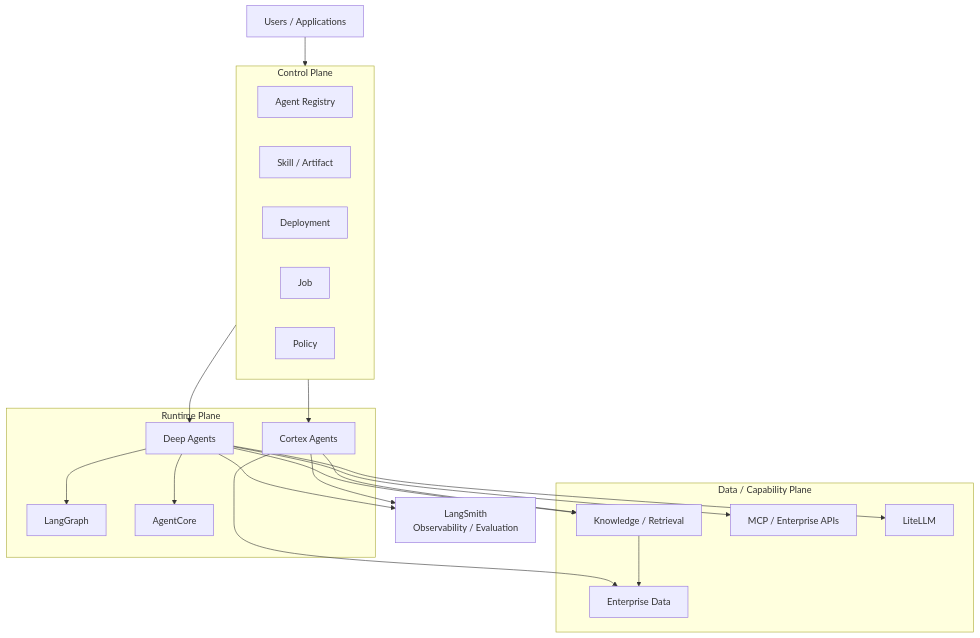
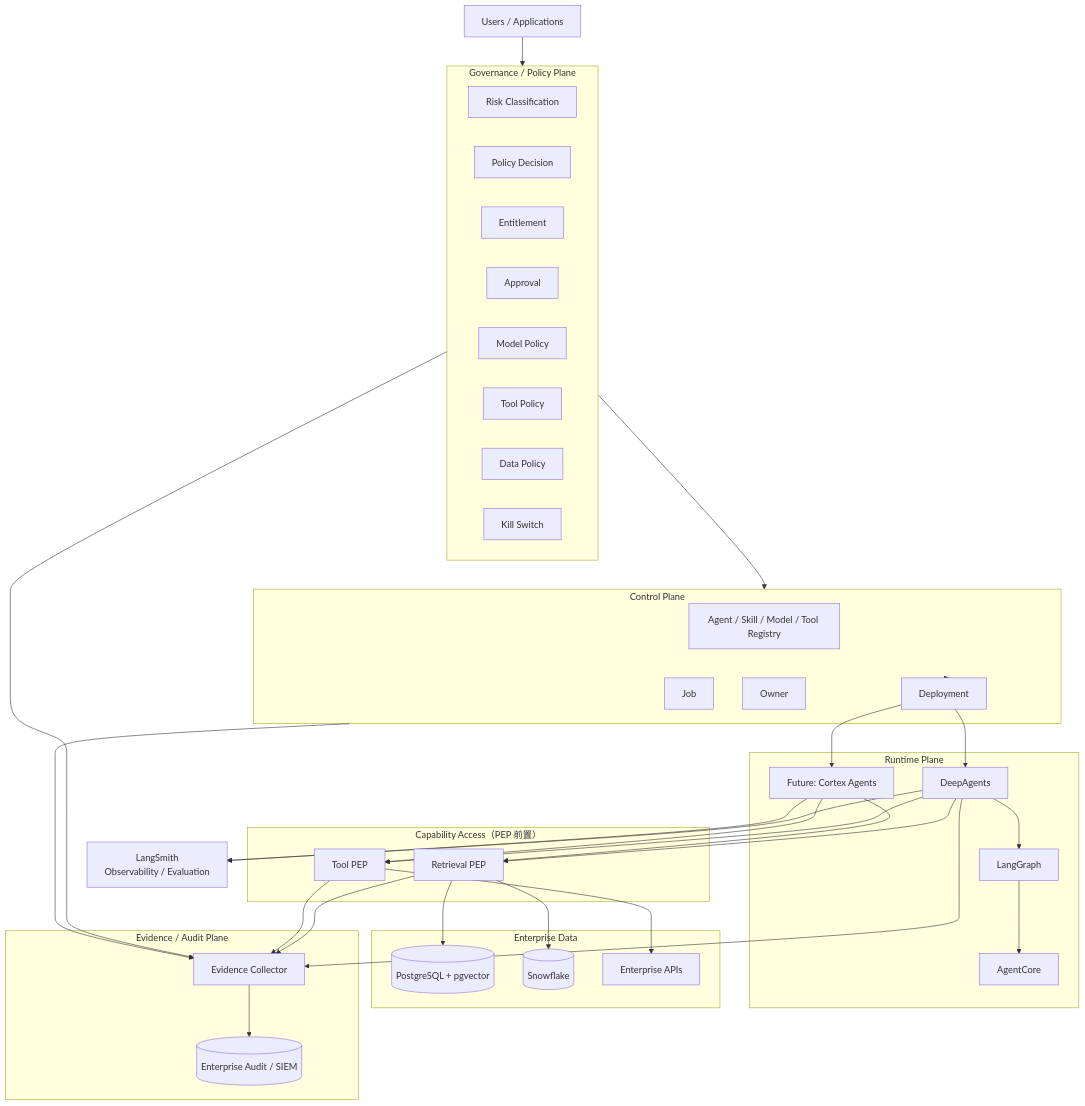
The third of 8 diagrams in temp/agent研究.md (devweekly/devweekly.github.io), drawn with Mermaid before and after one commit. The commit also changed other lines of this file and 1 other file, not shown here.

````diff
--- a/temp/agent研究.md
+++ b/temp/agent研究.md
@@ -428,49 +510,75 @@
 ```mermaid
 flowchart TB
 
-    U[Users / Applications]
+    USER[Users / Applications]
+
+    subgraph GOV["Governance / Policy Plane"]
+        RC[Risk Classification]
+        POL[Policy Decision]
+        ENT[Entitlement]
+        APR[Approval]
+        MP[Model Policy]
+        TP[Tool Policy]
+        DPOL[Data Policy]
+        KILL[Kill Switch]
+    end
 
     subgraph CP["Control Plane"]
-        AG[Agent Registry]
-        SK[Skill / Artifact]
+        REG[Agent / Skill / Model / Tool Registry]
         DEP[Deployment]
         JOB[Job]
-        POL[Policy]
+        OWN[Owner]
     end
 
-    subgraph RP["Runtime Plane"]
-        DA[Deep Agents]
+    subgraph RT["Runtime Plane"]
+        DA[DeepAgents]
         LG[LangGraph]
         AC[AgentCore]
-        SF[Cortex Agents]
+        CA[Future: Cortex Agents]
     end
 
-    subgraph DP["Data / Capability Plane"]
-        K[Knowledge / Retrieval]
-        MCP[MCP / Enterprise APIs]
-        LLM[LiteLLM]
-        DATA[Enterprise Data]
+    subgraph ACCESS["Capability Access（PEP 前置）"]
+        RETPEP[Retrieval PEP]
+        TOOLPEP[Tool PEP]
     end
 
-    OBS[LangSmith<br/>Observability / Evaluation]
+    subgraph DATA["Enterprise Data"]
+        PG[(PostgreSQL + pgvector)]
+        SF[(Snowflake)]
+        EXT[Enterprise APIs]
+    end
 
-    U --> CP
+    subgraph EVID["Evidence / Audit Plane"]
+        EC[Evidence Collector]
+        AUDIT[(Enterprise Audit / SIEM)]
+    end
 
-    CP --> DA
-    CP --> SF
+    LS[LangSmith<br/>Observability / Evaluation]
 
+    USER --> GOV
+    GOV --> CP
+    CP --> DEP
+    DEP --> DA
+    DEP --> CA
     DA --> LG
-    DA --> AC
+    LG --> AC
 
-    DA --> K
-    DA --> MCP
-    DA --> LLM
+    DA --> RETPEP
+    CA --> RETPEP
+    DA --> TOOLPEP
+    CA --> TOOLPEP
 
-    SF --> K
-    SF --> DATA
+    RETPEP --> PG
+    RETPEP --> SF
+    TOOLPEP --> EXT
 
-    K --> DATA
+    DA --> LS
+    CA --> LS
 
-    DA --> OBS
-    SF --> OBS
+    DA --> EC
+    GOV --> EC
+    CP --> EC
+    RETPEP --> EC
+    TOOLPEP --> EC
+    EC --> AUDIT
 ```
````
